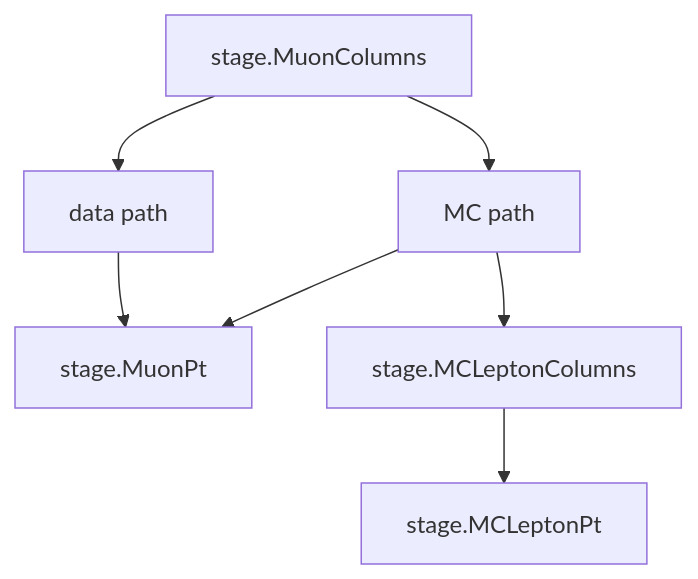
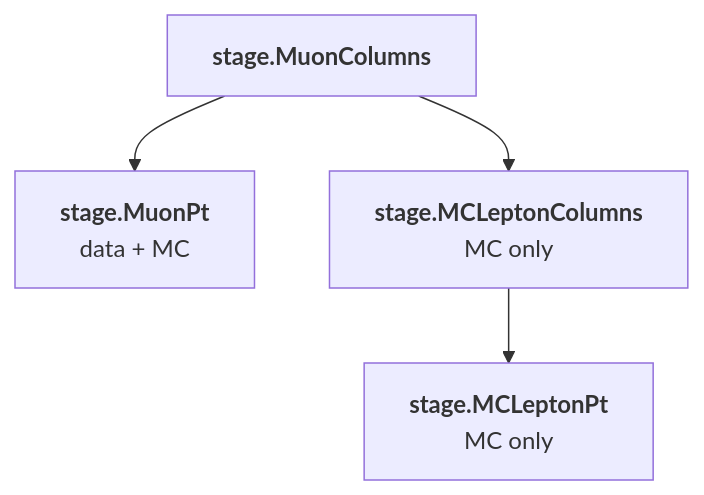
The third of 3 diagrams in docs/extending/transforms.md (FAST-HEP/fasthep-flow), drawn with Mermaid before and after one commit. The commit also changed other lines of this file and 9 other files, not shown here.

````diff
--- a/docs/extending/transforms.md
+++ b/docs/extending/transforms.md
@@ -321,19 +321,11 @@
 ```{mermaid}
 flowchart TD
-    Common["stage.MuonColumns"]
+    Common["<b>stage.MuonColumns</b>"]:::transform
+    MuonPt["<b>stage.MuonPt</b><br/>data + MC"]:::transform
+    MCLeptons["<b>stage.MCLeptonColumns</b><br/>MC only"]:::transform
+    MCLeptonPt["<b>stage.MCLeptonPt</b><br/>MC only"]:::transform
 
-    Data["data path"]
-    MC["MC path"]
-
-    MuonPt["stage.MuonPt"]
-    MCLeptons["stage.MCLeptonColumns"]
-    MCLeptonPt["stage.MCLeptonPt"]
-
-    Common --> Data
-    Common --> MC
-
-    Data --> MuonPt
-    MC --> MuonPt
-    MC --> MCLeptons
+    Common --> MuonPt
+    Common --> MCLeptons
     MCLeptons --> MCLeptonPt
 ```
````
